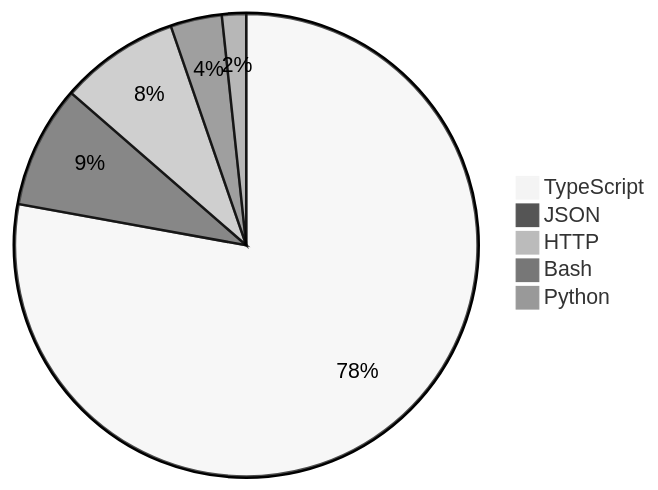
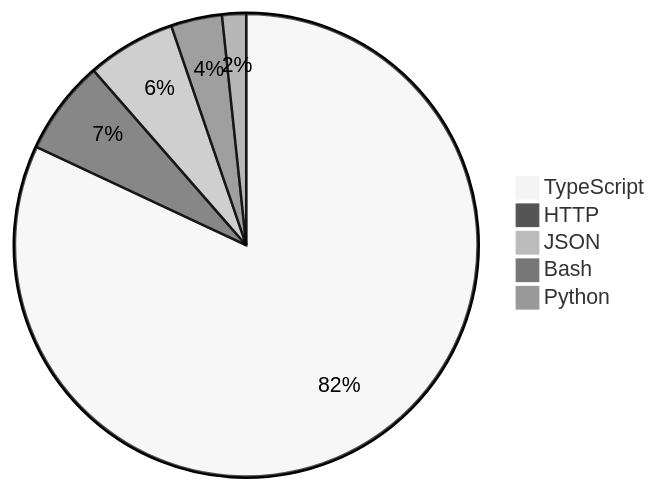
One commit to skvggor/skvggor changed the diagram in README.md. Above: the diagram before and after it, drawn with Mermaid (neutral theme).

Commit message:
Updated waka-readme graph with new metrics

````diff
--- a/README.md
+++ b/README.md
@@ -16,8 +16,8 @@
 ```mermaid
 pie
-    "TypeScript" : 73.8
-    "JSON" : 8.1
-    "HTTP" : 7.9
+    "TypeScript" : 78.2
+    "HTTP" : 6.3
+    "JSON" : 5.9
     "Bash" : 3.4
     "Python" : 1.6
 ```
````
